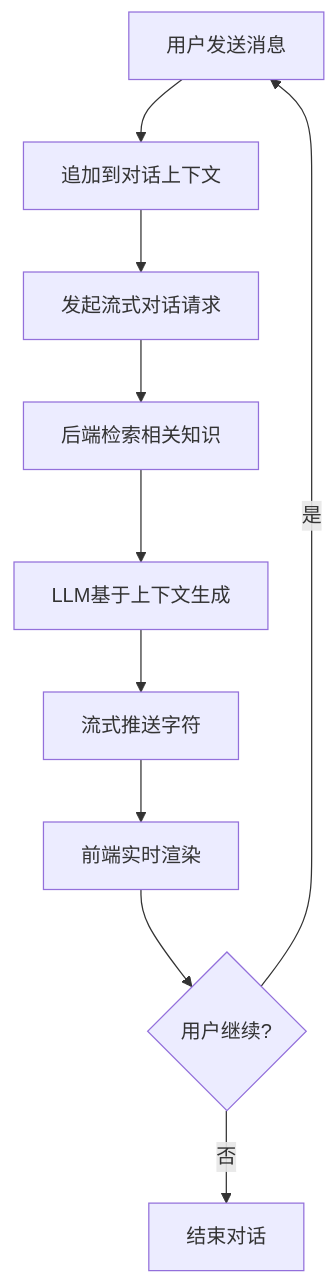
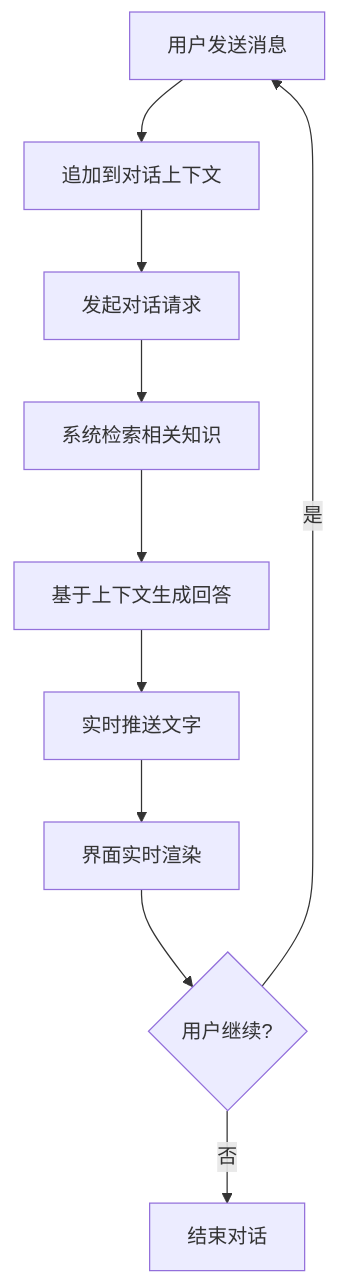
The second of 2 diagrams in 需求文档/G-中台需求文档/辰极智脑-知识库查询需求说明书_V1.0.md (joychen295/AI---), drawn with Mermaid before and after one commit. The commit also changed other lines of this file and 5 other files, not shown here.

````diff
--- a/需求文档/G-中台需求文档/辰极智脑-知识库查询需求说明书_V1.0.md
+++ b/需求文档/G-中台需求文档/辰极智脑-知识库查询需求说明书_V1.0.md
@@ -64,12 +63,12 @@
 ```mermaid
 graph TD
     A[用户发送消息] --> B[追加到对话上下文]
-    B --> C[发起流式对话请求]
-    C --> D[后端检索相关知识]
-    D --> E[LLM基于上下文生成]
-    E --> F[流式推送字符]
-    F --> G[前端实时渲染]
+    B --> C[发起对话请求]
+    C --> D[系统检索相关知识]
+    D --> E[基于上下文生成回答]
+    E --> F[实时推送文字]
+    F --> G[界面实时渲染]
     G --> H{用户继续?}
     H -- 是 --> A
     H -- 否 --> I[结束对话]
 ```
````
